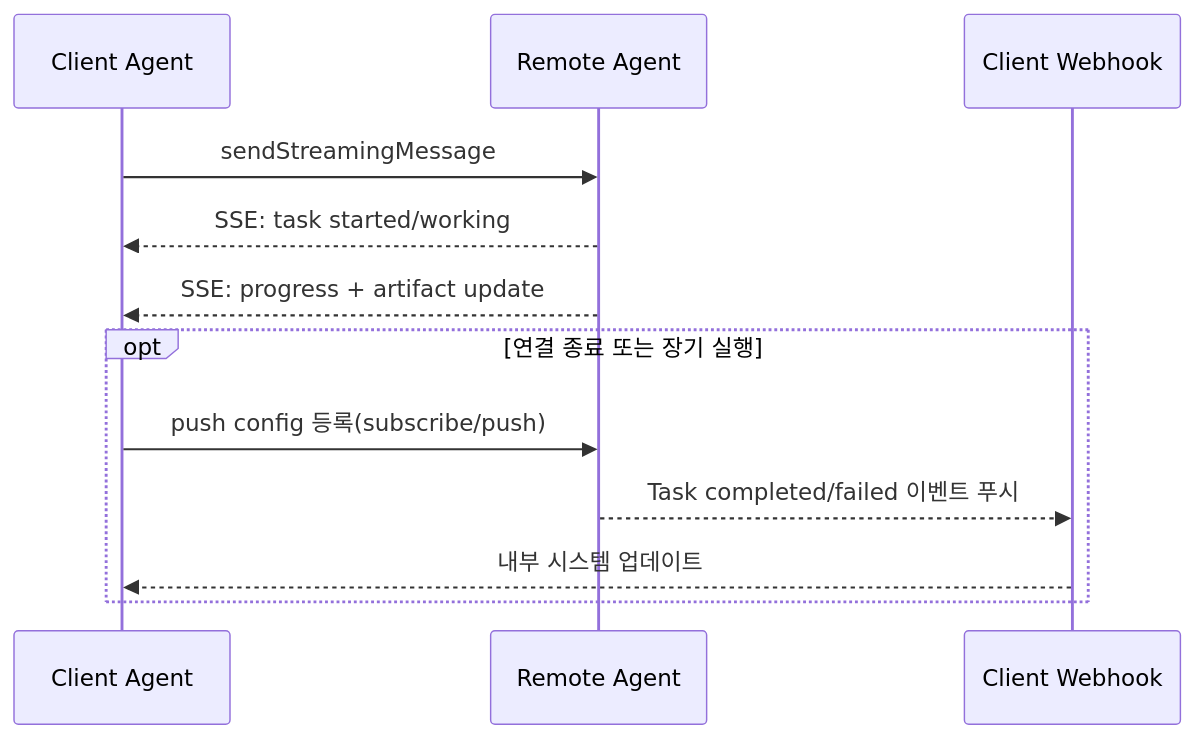
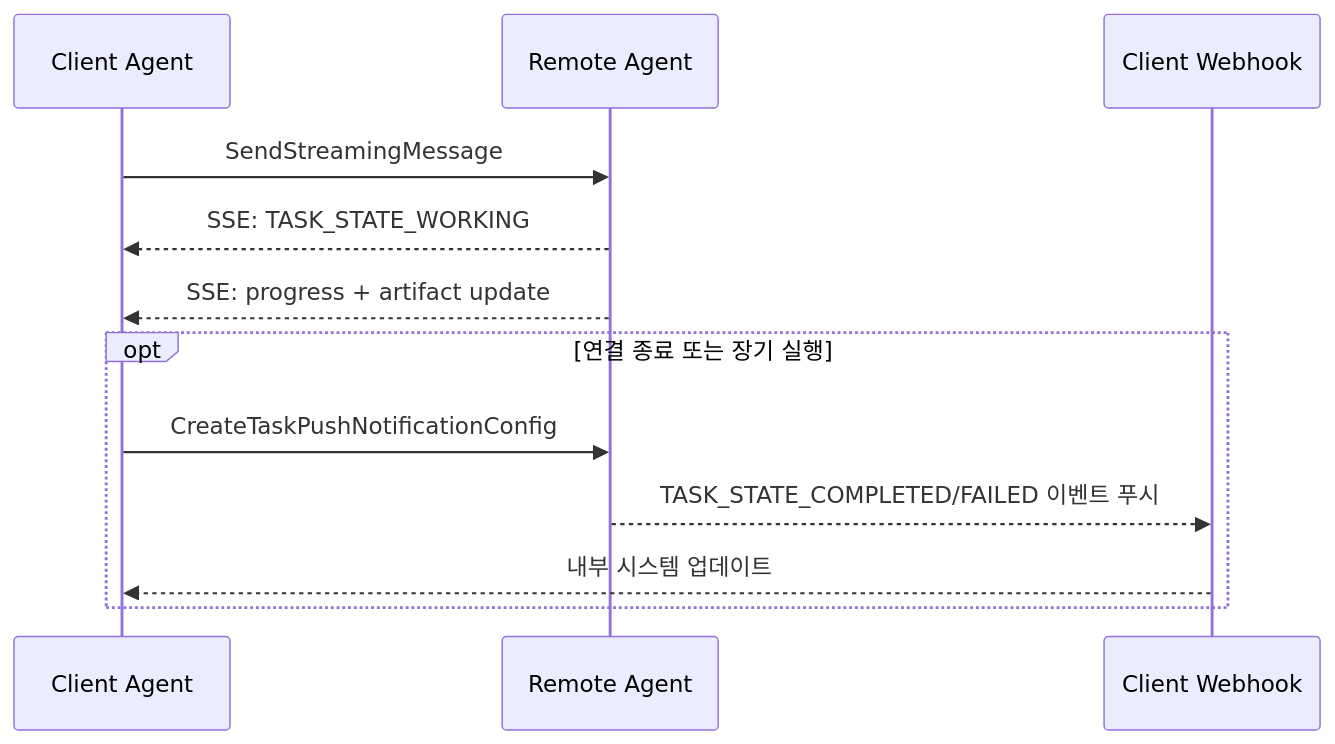
The fourth of 8 diagrams in a2a/00-diagram.md (kimchanhyung98/agentic-workflows), drawn with Mermaid before and after one commit. The commit also changed other lines of this file and 5 other files, not shown here.

````diff
--- a/a2a/00-diagram.md
+++ b/a2a/00-diagram.md
@@ -49,16 +56,16 @@
 ```mermaid
 sequenceDiagram
     participant C as Client Agent
     participant R as Remote Agent
     participant W as Client Webhook
 
-    C->>R: sendStreamingMessage
-    R-->>C: SSE: task started/working
+    C->>R: SendStreamingMessage
+    R-->>C: SSE: TASK_STATE_WORKING
     R-->>C: SSE: progress + artifact update
 
     opt 연결 종료 또는 장기 실행
-        C->>R: push config 등록(subscribe/push)
-        R-->>W: Task completed/failed 이벤트 푸시
+        C->>R: CreateTaskPushNotificationConfig
+        R-->>W: TASK_STATE_COMPLETED/FAILED 이벤트 푸시
         W-->>C: 내부 시스템 업데이트
     end
 ```
````
